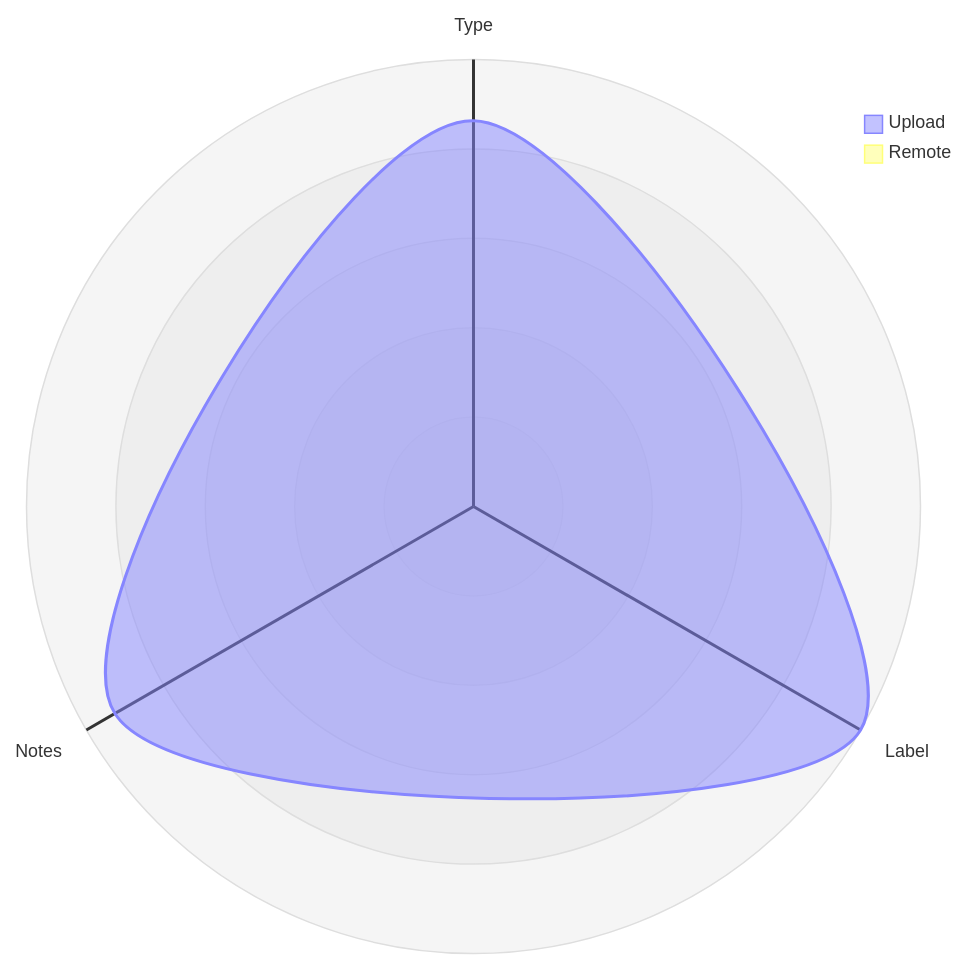
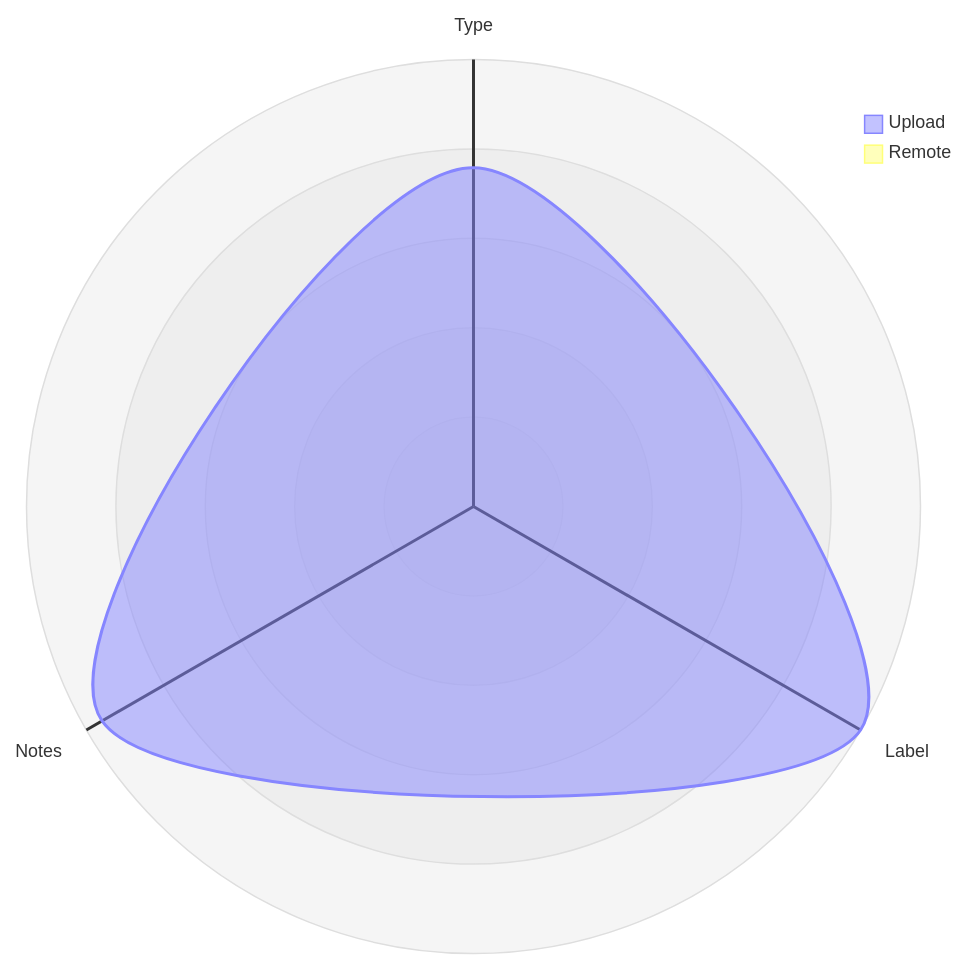
The third of 5 diagrams in datastore_tracker/README.md (open-data/analytics-corporate-reporting), drawn with Mermaid before and after one commit. The commit also changed other lines of this file and 9 other files, not shown here.

````diff
--- a/datastore_tracker/README.md
+++ b/datastore_tracker/README.md
@@ -104,12 +104,12 @@
 ```mermaid
 radar-beta
   axis T["Type"], L["Label"], N["Notes"]
-  curve u["Upload"]{0.00082, 0.00095, 0.00088}
+  curve u["Upload"]{0.00075, 0.00099, 0.00095}
   curve r["Remote"]{0, 0, 0}
 
   showLegend true
 
   min 0
   graticule circle
   ticks 5
 ```
````
